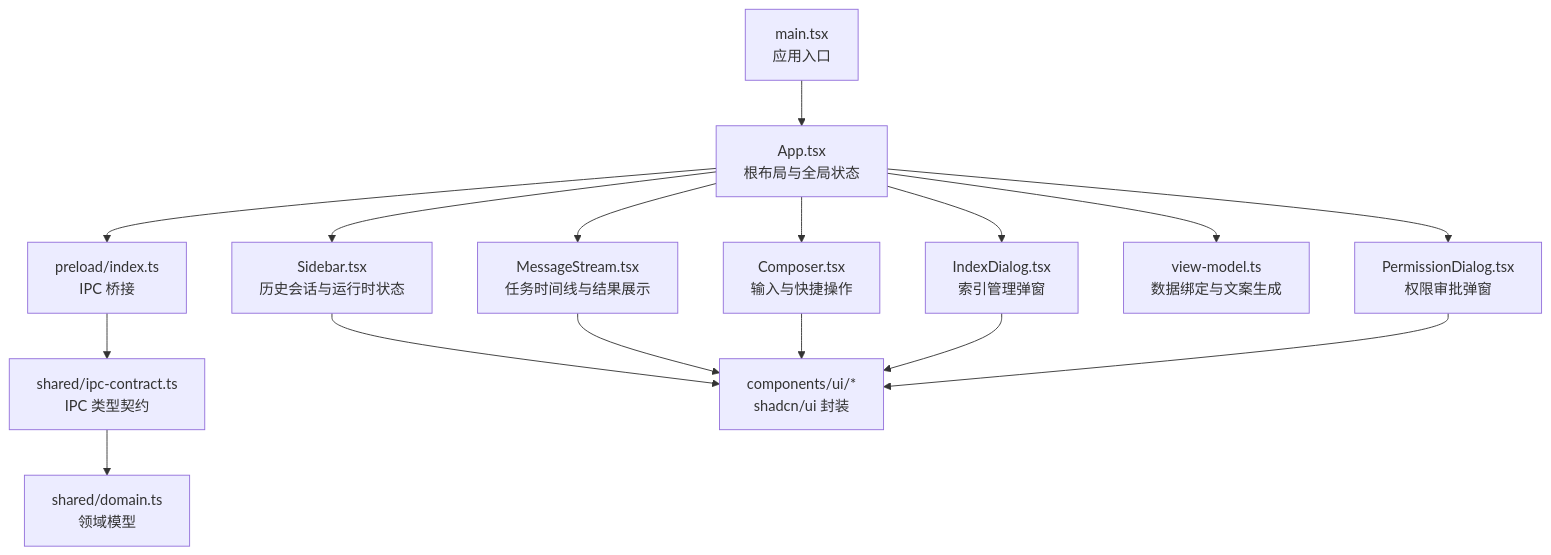
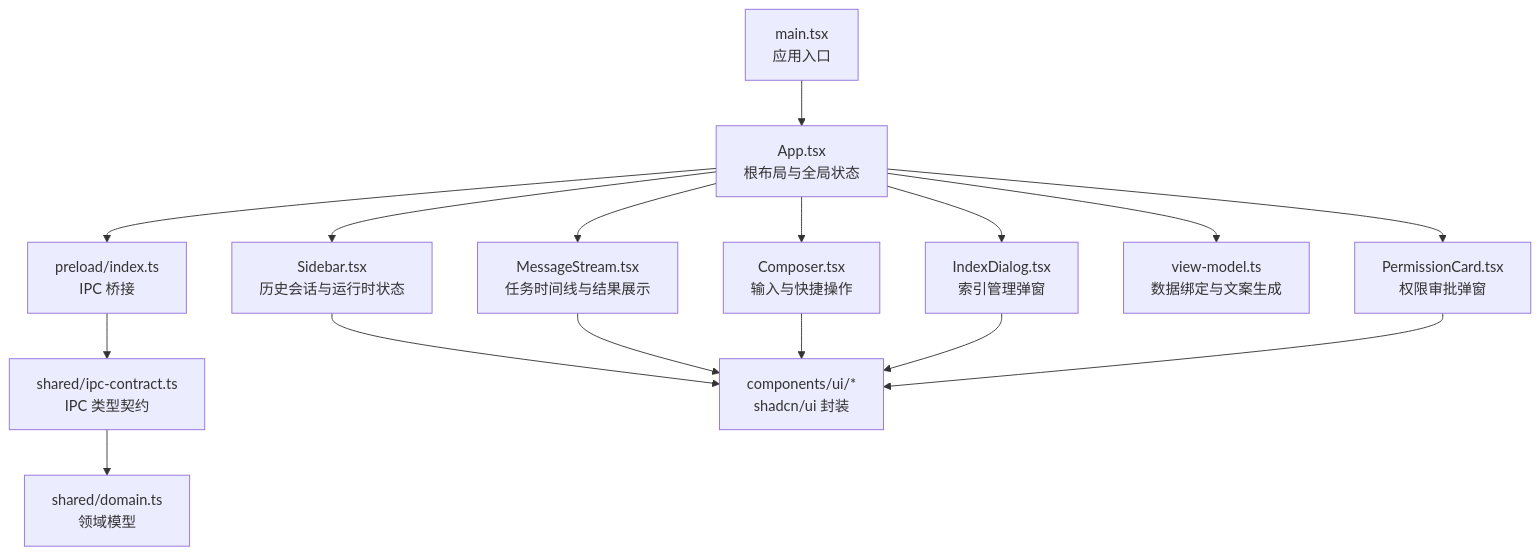
Before and after one commit to Azusa010/personal-agent: the first of 4 diagrams in .repowiki/zh/content/桌面应用/渲染界面.md, drawn with Mermaid. The commit also changed other lines of this file and 88 other files, not shown here.

````diff
--- a/.repowiki/zh/content/桌面应用/渲染界面.md
+++ b/.repowiki/zh/content/桌面应用/渲染界面.md
@@ -39,18 +39,18 @@
 ```mermaid
 graph TB
 A["main.tsx<br/>应用入口"] --> B["App.tsx<br/>根布局与全局状态"]
 B --> C["Sidebar.tsx<br/>历史会话与运行时状态"]
 B --> D["MessageStream.tsx<br/>任务时间线与结果展示"]
 B --> E["Composer.tsx<br/>输入与快捷操作"]
 B --> F["IndexDialog.tsx<br/>索引管理弹窗"]
-B --> G["PermissionDialog.tsx<br/>权限审批弹窗"]
+B --> G["PermissionCard.tsx<br/>权限审批弹窗"]
 B --> H["view-model.ts<br/>数据绑定与文案生成"]
 B --> I["preload/index.ts<br/>IPC 桥接"]
 I --> J["shared/ipc-contract.ts<br/>IPC 类型契约"]
 J --> K["shared/domain.ts<br/>领域模型"]
 C --> L["components/ui/*<br/>shadcn/ui 封装"]
 D --> L
 E --> L
 F --> L
 G --> L
 ```
````
